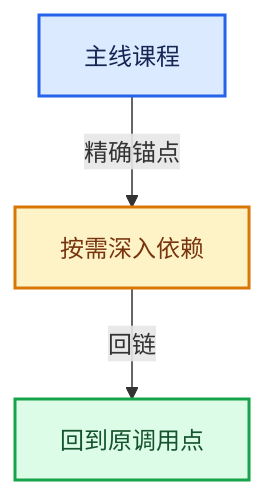
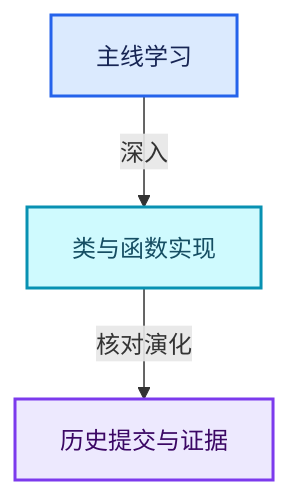
The second of 2 diagrams in 杂/markdown/全面学习-codex/07-MultiFunction与批量执行/README.md (yunkezengren/blender-.vscode), drawn with Mermaid before and after one commit. The commit also changed other lines of this file and 3731 other files, not shown here.

````diff
--- a/杂/markdown/全面学习-codex/07-MultiFunction与批量执行/README.md
+++ b/杂/markdown/全面学习-codex/07-MultiFunction与批量执行/README.md
@@ -43,14 +35,14 @@
 ```mermaid
 flowchart TB
-  P["主线课程"]:::input
-  D["按需深入依赖"]:::compute
-  R["回到原调用点"]:::result
-  P -->|"精确锚点"| D
-  D -->|"回链"| R
+  M["主线学习"]:::input
+  D["类与函数实现"]:::data
+  H["历史提交与证据"]:::abstraction
+  M -->|"深入"| D
+  D -->|"核对演化"| H
   classDef input fill:#DBEAFE,stroke:#2563EB,color:#172554,stroke-width:2px;
   classDef data fill:#CFFAFE,stroke:#0891B2,color:#164E63,stroke-width:2px;
   classDef abstraction fill:#EDE9FE,stroke:#7C3AED,color:#3B0764,stroke-width:2px;
   classDef compute fill:#FEF3C7,stroke:#D97706,color:#78350F,stroke-width:2px;
   classDef result fill:#DCFCE7,stroke:#16A34A,color:#14532D,stroke-width:2px;
   classDef error fill:#FEE2E2,stroke:#DC2626,color:#7F1D1D,stroke-width:2px;
 ```
````
